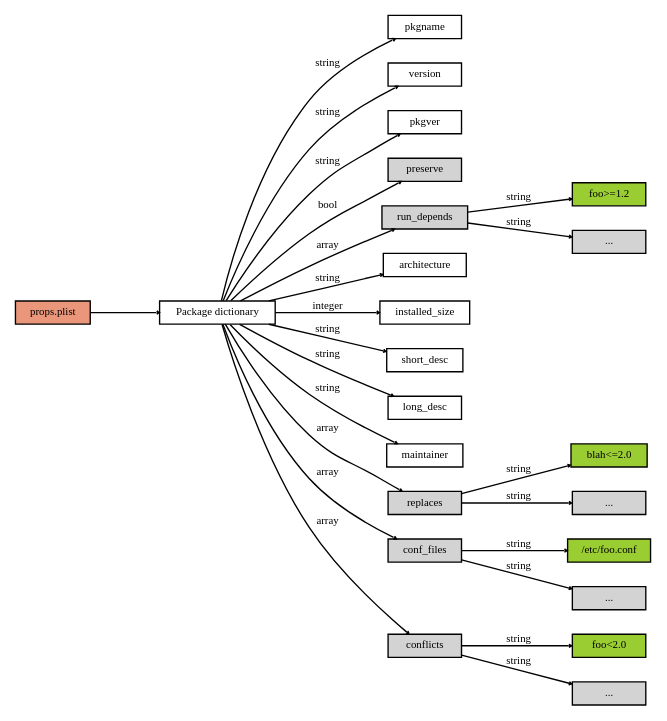
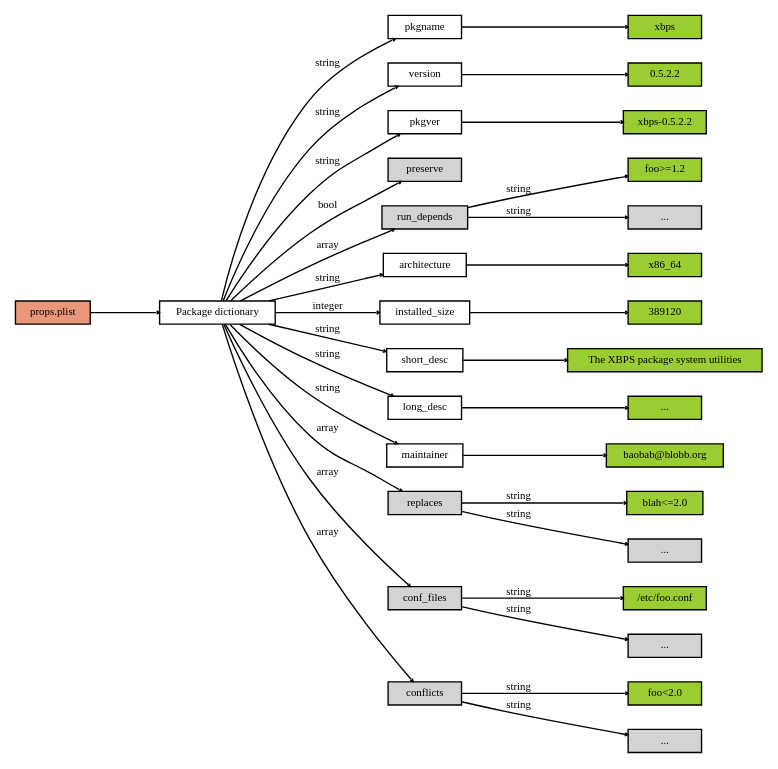
Before and after one commit to void-linux/xbps: the diagram in doc/xbps_pkg_props_dictionary.dot, drawn with Graphviz.

Commit message:
Improve xbps_pkg_props_dictionary.dot even more.

```diff
--- a/doc/xbps_pkg_props_dictionary.dot
+++ b/doc/xbps_pkg_props_dictionary.dot
@@ -1,43 +1,59 @@
 digraph pkg_props_dictionary {
 	graph [rankdir=LR,ranksep="0.7"];
 	edge [arrowhead="vee",arrowsize="0.2",fontname="DejaVuSansCondensed",fontsize="8"];
 	node [height=".1",shape=box,fontname="DejaVuSansCondensed",fontsize="8"];
 	props_plist -> main;
 	props_plist [style=filled,fillcolor="darksalmon",label="props.plist"];
 	main [label="Package dictionary"];
 	main -> pkgname [label="string"];
+	pkgname -> pkgname_value;
+	pkgname_value [style=filled,fillcolor="yellowgreen",label="xbps"];
 	main -> version [label="string"];
+	version -> version_value;
+	version_value [style=filled,fillcolor="yellowgreen",label="0.5.2.2"];
 	main -> pkgver [label="string"];
+	pkgver -> pkgver_value;
+	pkgver_value [style=filled,fillcolor="yellowgreen",label="xbps-0.5.2.2"];
 	main -> preserve [style=filled,label="bool"];
 	preserve [style=filled];
 	main -> run_depends [label="array"];
 	run_depends [style=filled];
 	run_depends -> rundep1_string [label="string"];
 	run_depends -> rundep2_string [label="string"];
 	rundep1_string [style=filled,fillcolor="yellowgreen",label="foo>=1.2"];
 	rundep2_string [style=filled,label="..."];
 	main -> architecture [label="string"];
+	architecture -> arch_value;
+	arch_value [style=filled,fillcolor="yellowgreen",label="x86_64"];
 	main -> instsize [label="integer"];
+	instsize -> instsize_value;
+	instsize_value [style=filled,fillcolor="yellowgreen",label="389120"];
 	instsize [label="installed_size"];
 	main -> short_desc [label="string"]
+	short_desc -> shortdesc_val;
+	shortdesc_val [style=filled,fillcolor="yellowgreen",label="The XBPS package system utilities"];
 	main -> long_desc [label="string"];
+	long_desc -> longdesc_val;
+	longdesc_val [style=filled,fillcolor="yellowgreen",label="..."];
 	main -> maintainer [label="string"];
+	maintainer -> maintainer_val;
+	maintainer_val [style=filled,fillcolor="yellowgreen",label="baobab@blobb.org"];
 	main -> replaces [label="array"];
 	replaces [style=filled];
 	replaces -> replace1_string [label="string"];
 	replaces -> replace2_string [label="string"];
 	replace1_string [style=filled,fillcolor="yellowgreen",label="blah<=2.0"];
 	replace2_string [style=filled,label="..."];
 	main -> conf_files [label="array"];
 	conf_files [style=filled];
 	conf_files -> cffile1 [style=filled,label="string"];
 	conf_files -> cffile2 [style=filled,label="string"];
 	cffile1 [style=filled,fillcolor="yellowgreen",label="/etc/foo.conf"];
 	cffile2 [style=filled,label="..."];
 	main -> conflicts [label="array"];
 	conflicts [style=filled];
 	conflicts -> conflict1 [style=filled,label="string"];
 	conflicts -> conflict2 [style=filled,label="string"];
 	conflict1 [style=filled,fillcolor="yellowgreen",label="foo<2.0"];
 	conflict2 [style=filled,label="..."];
 }
```
